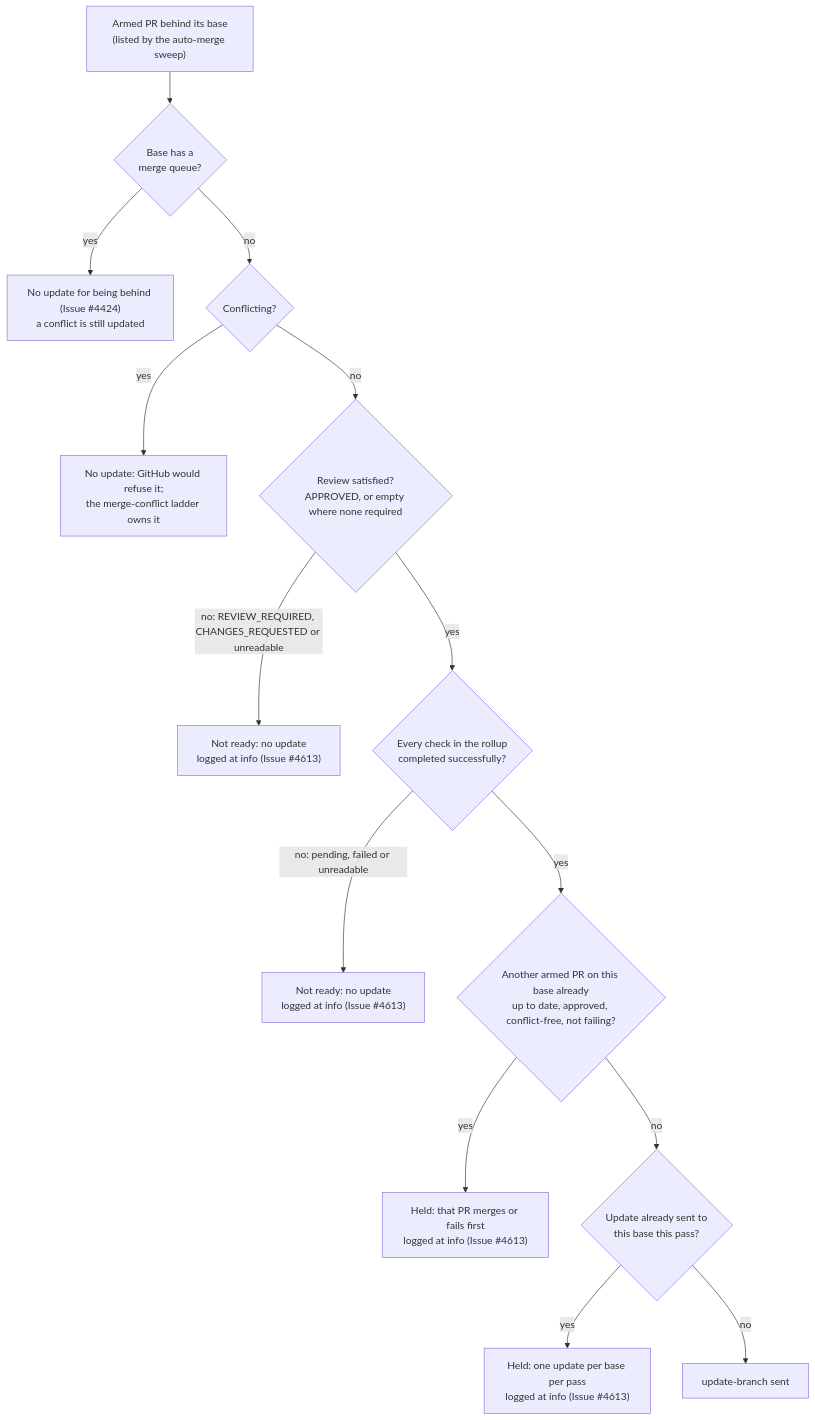
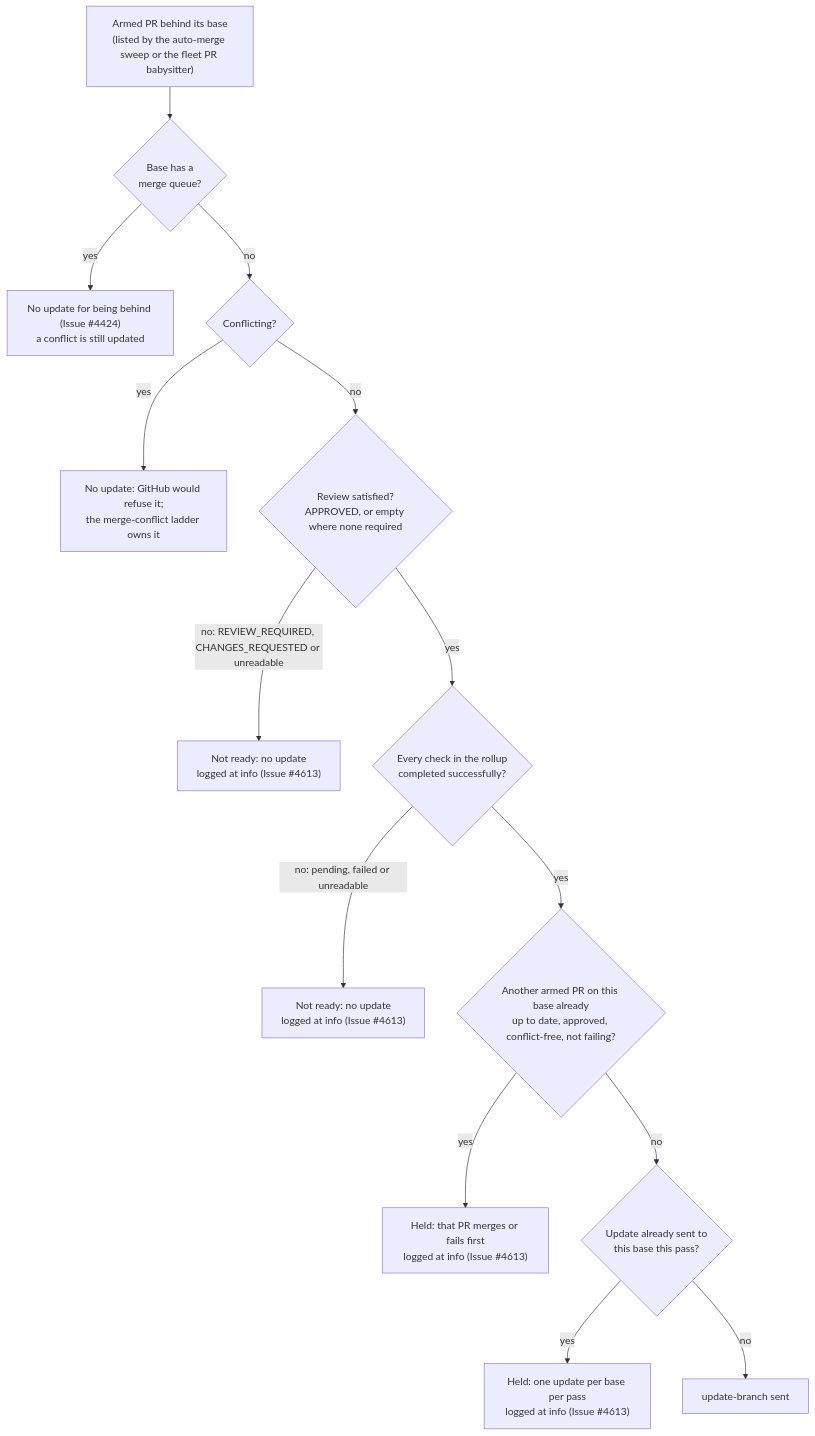
One commit to stSoftwareAU/VibeCoder changed the fifth of 12 diagrams in docs/MERGE.md. Above: the diagram before and after it, drawn with Mermaid. The commit also changed other lines of this file and 18 other files, not shown here.

````diff
--- a/docs/MERGE.md
+++ b/docs/MERGE.md
@@ -427,16 +438,16 @@
 ```mermaid
 flowchart TD
-    A["Armed PR behind its base<br/>(listed by the auto-merge sweep)"] --> Q{Base has a<br/>merge queue?}
+    A["Armed PR behind its base<br/>(listed by the auto-merge sweep or the fleet PR babysitter)"] --> Q{Base has a<br/>merge queue?}
     Q -- yes --> QN["No update for being behind (Issue #4424)<br/>a conflict is still updated"]
     Q -- no --> C{Conflicting?}
     C -- yes --> CN["No update: GitHub would refuse it;<br/>the merge-conflict ladder owns it"]
     C -- no --> R{Review satisfied?<br/>APPROVED, or empty where none required}
     R -- "no: REVIEW_REQUIRED, CHANGES_REQUESTED or unreadable" --> RN["Not ready: no update<br/>logged at info (Issue #4613)"]
     R -- yes --> K{Every check in the rollup<br/>completed successfully?}
     K -- "no: pending, failed or unreadable" --> KN["Not ready: no update<br/>logged at info (Issue #4613)"]
     K -- yes --> O{Another armed PR on this base already<br/>up to date, approved, conflict-free, not failing?}
     O -- yes --> ON["Held: that PR merges or fails first<br/>logged at info (Issue #4613)"]
     O -- no --> P{Update already sent to<br/>this base this pass?}
     P -- yes --> PN["Held: one update per base per pass<br/>logged at info (Issue #4613)"]
     P -- no --> U["update-branch sent"]
 ```
````
